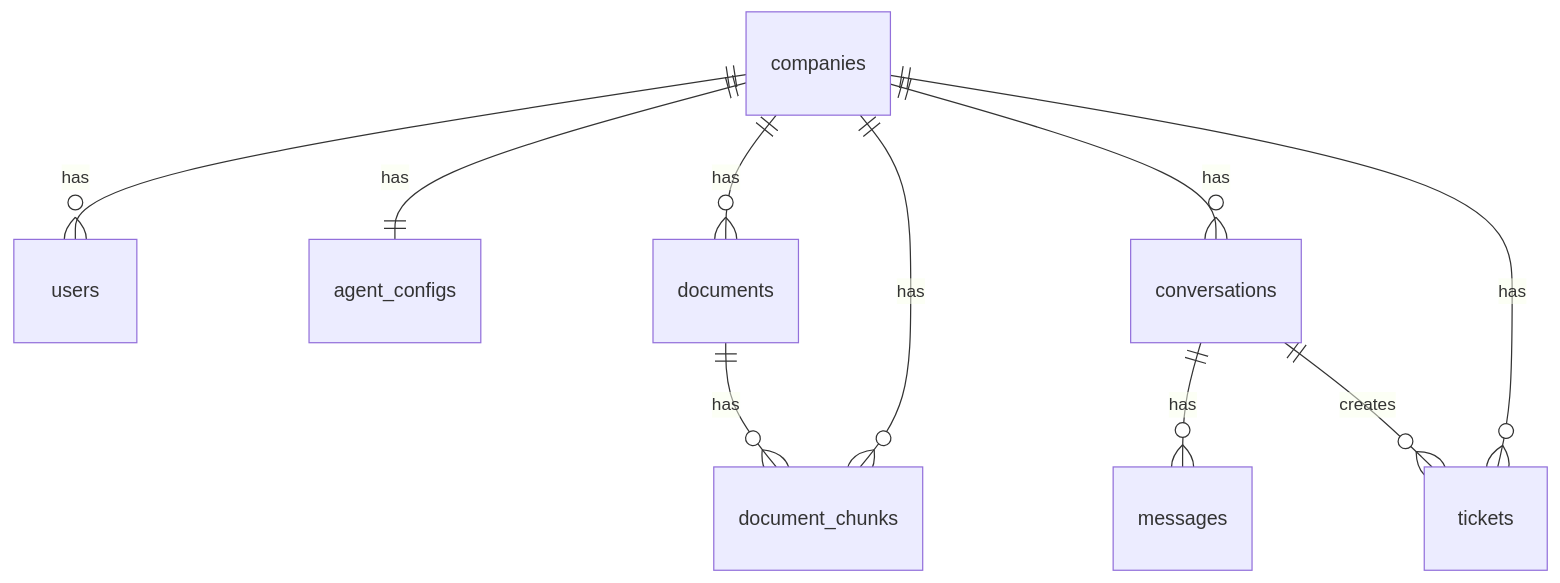
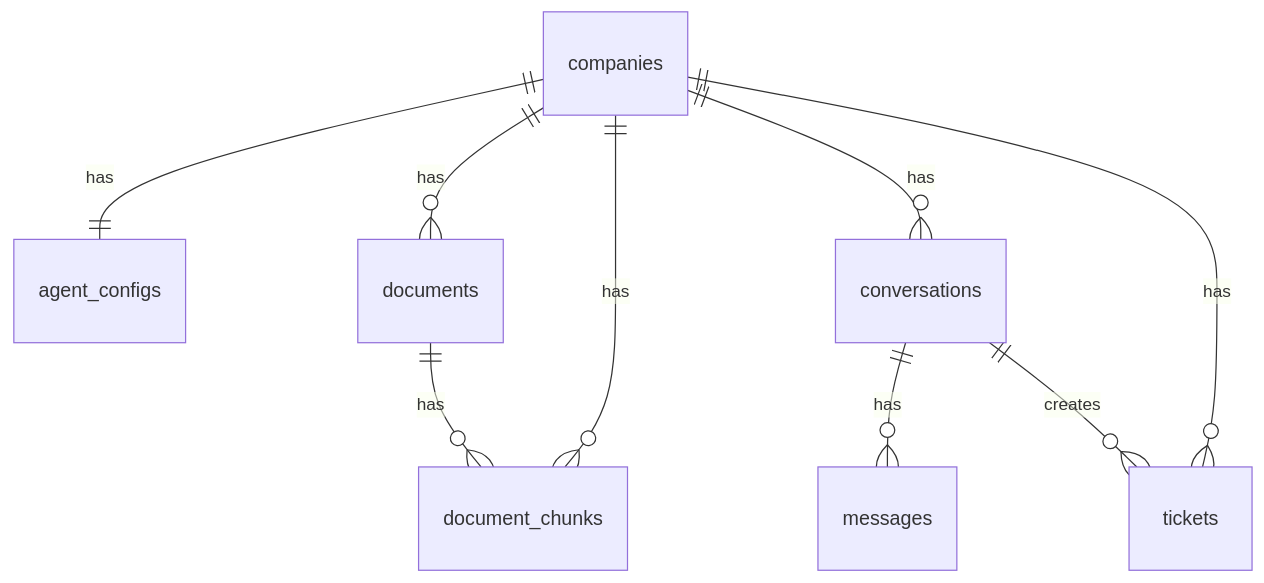
The first of 2 diagrams in docs/architecture.md (Mardock137/mdk_frontline), drawn with Mermaid before and after one commit. The commit also changed other lines of this file and 7 other files, not shown here.

````diff
--- a/docs/architecture.md
+++ b/docs/architecture.md
@@ -85,12 +84,11 @@
 ```mermaid
 erDiagram
-    companies ||--o{ users : has
     companies ||--|| agent_configs : has
     companies ||--o{ documents : has
     documents ||--o{ document_chunks : has
     companies ||--o{ document_chunks : has
     companies ||--o{ conversations : has
     companies ||--o{ tickets : has
     conversations ||--o{ messages : has
     conversations ||--o{ tickets : creates
 ```
````
